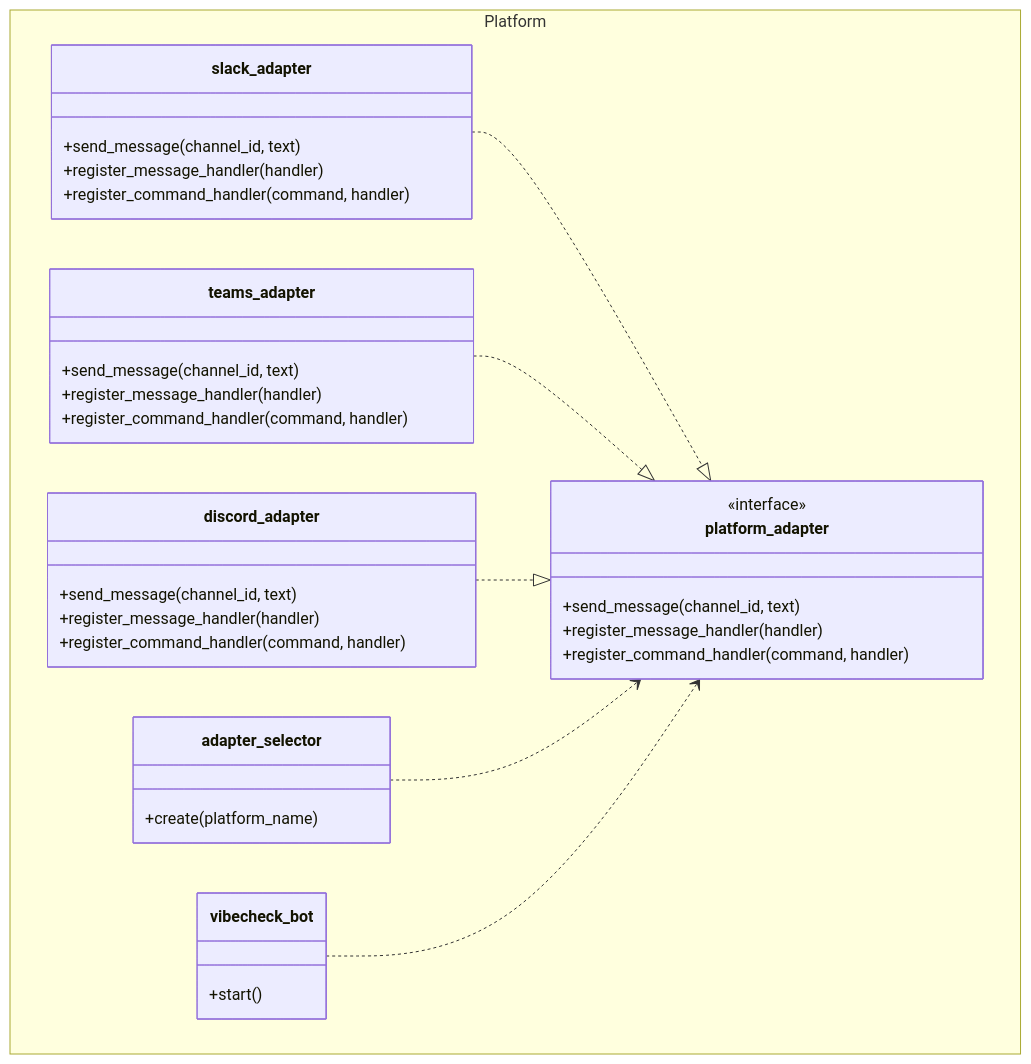
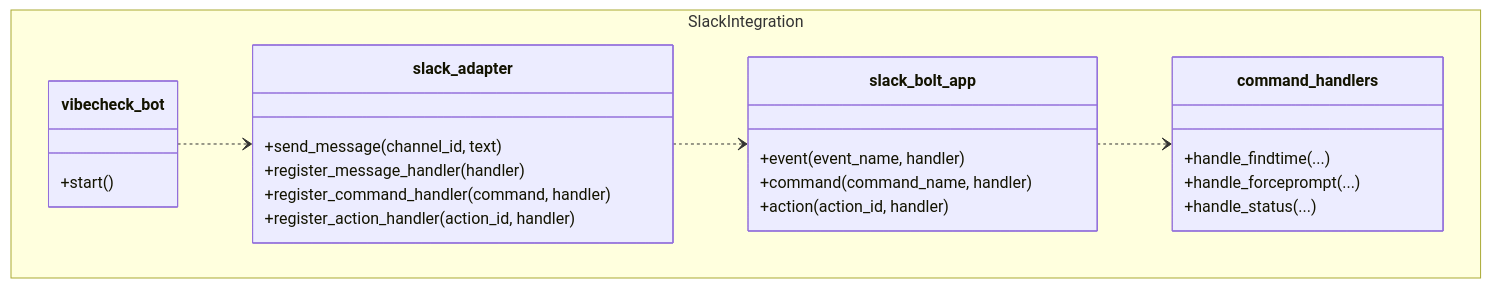
Before and after one commit to Capstone-Projects-2026-spring/project-bereal-chatbot: the fourth of 4 diagrams in documentation/docs/system-architecture/class-diagram.md, drawn with Mermaid. The commit also changed other lines of this file, not shown here.

Commit message:
updated class diagram to be slack-specific

````diff
--- a/documentation/docs/system-architecture/class-diagram.md
+++ b/documentation/docs/system-architecture/class-diagram.md
@@ -182,44 +174,32 @@
 ```mermaid
 classDiagram
 direction TB
-    namespace Platform {
-        class platform_adapter {
-            <<interface>>
-            +send_message(channel_id, text)
-            +register_message_handler(handler)
-            +register_command_handler(command, handler)
+    namespace SlackIntegration {
+        class slack_bolt_app {
+            +event(event_name, handler)
+            +command(command_name, handler)
+            +action(action_id, handler)
         }
 
         class slack_adapter {
             +send_message(channel_id, text)
             +register_message_handler(handler)
             +register_command_handler(command, handler)
-        }
-
-        class teams_adapter {
-            +send_message(channel_id, text)
-            +register_message_handler(handler)
-            +register_command_handler(command, handler)
-        }
-
-        class discord_adapter {
-            +send_message(channel_id, text)
-            +register_message_handler(handler)
-            +register_command_handler(command, handler)
-        }
-
-        class adapter_selector {
-            +create(platform_name)
+            +register_action_handler(action_id, handler)
         }
 
         class vibecheck_bot {
             +start()
         }
+
+        class command_handlers {
+            +handle_findtime(...)
+            +handle_forceprompt(...)
+            +handle_status(...)
+        }
     }
 
-    slack_adapter ..|> platform_adapter
-    teams_adapter ..|> platform_adapter
-    discord_adapter ..|> platform_adapter
-    adapter_selector ..> platform_adapter
-    vibecheck_bot ..> platform_adapter
+    vibecheck_bot ..> slack_adapter
+    slack_adapter ..> slack_bolt_app
+    slack_bolt_app ..> command_handlers
 ```
````
